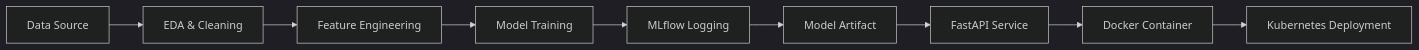
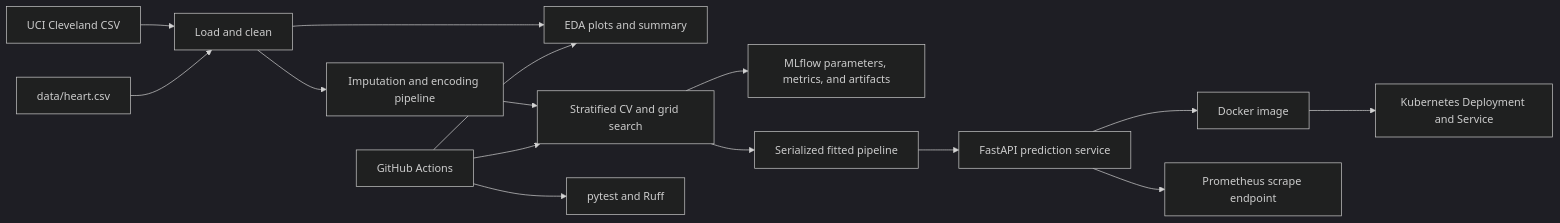
Before and after one commit to priyansh1114/MLops: the diagram in report.md, drawn with Mermaid (dark theme). The commit also changed other lines of this file and 22 other files, not shown here.

````diff
--- a/report.md
+++ b/report.md
@@ -66,11 +66,17 @@
 ```mermaid
 flowchart LR
-    A[Data Source] --> B[EDA & Cleaning]
-    B --> C[Feature Engineering]
-    C --> D[Model Training]
-    D --> E[MLflow Logging]
-    E --> F[Model Artifact]
-    F --> G[FastAPI Service]
-    G --> H[Docker Container]
-    H --> I[Kubernetes Deployment]
+    UCI[UCI Cleveland CSV] --> LOAD[Load and clean]
+    LOCAL[data/heart.csv] --> LOAD
+    LOAD --> EDA[EDA plots and summary]
+    LOAD --> PIPE[Imputation and encoding pipeline]
+    PIPE --> SEARCH[Stratified CV and grid search]
+    SEARCH --> TRACK[MLflow parameters, metrics, and artifacts]
+    SEARCH --> MODEL[Serialized fitted pipeline]
+    MODEL --> API[FastAPI prediction service]
+    API --> DOCKER[Docker image]
+    DOCKER --> K8S[Kubernetes Deployment and Service]
+    API --> METRICS[Prometheus scrape endpoint]
+    CI[GitHub Actions] --> SEARCH
+    CI --> EDA
+    CI --> TESTS[pytest and Ruff]
 ```
````
